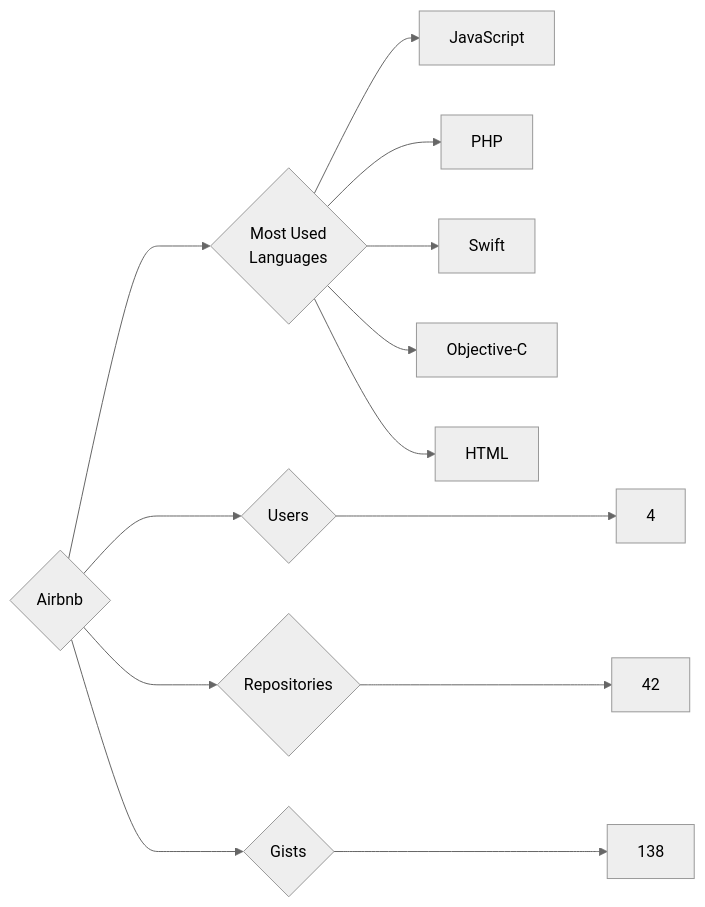
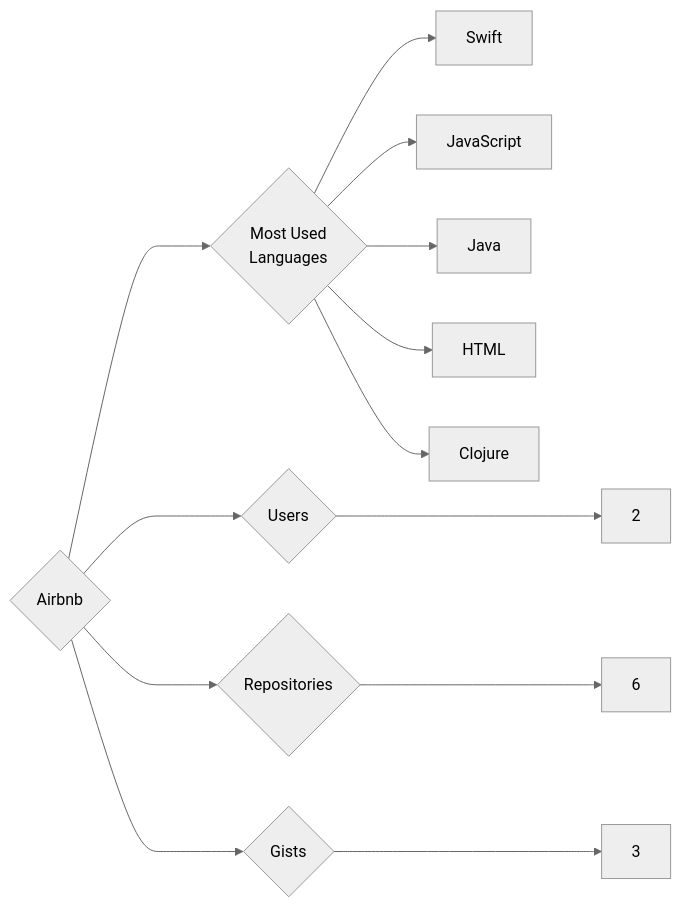
The diagram in targets/Airbnb/README.md (trickest/insiders), drawn with Mermaid (neutral theme) before and after one commit. The commit also changed 559 other files, not shown here.

````diff
--- a/targets/Airbnb/README.md
+++ b/targets/Airbnb/README.md
@@ -3,13 +3,13 @@
 ```mermaid
 graph LR
 COMPANY_NAME{Airbnb}
-COMPANY_NAME ---> U{Users} ---> UN[4]
-COMPANY_NAME ---> R{Repositories} ---> RN[42]
-COMPANY_NAME ---> G{Gists} ---> GN[138]
+COMPANY_NAME ---> U{Users} ---> UN[2]
+COMPANY_NAME ---> R{Repositories} ---> RN[6]
+COMPANY_NAME ---> G{Gists} ---> GN[3]
 COMPANY_NAME ---> ML{Most Used<br>Languages}
+ML --> Swift[Swift]
 ML --> JavaScript[JavaScript]
-ML --> PHP[PHP]
-ML --> Swift[Swift]
-ML --> Objective-C[Objective-C]
+ML --> Java[Java]
 ML --> HTML[HTML]
+ML --> Clojure[Clojure]
 ```
````
